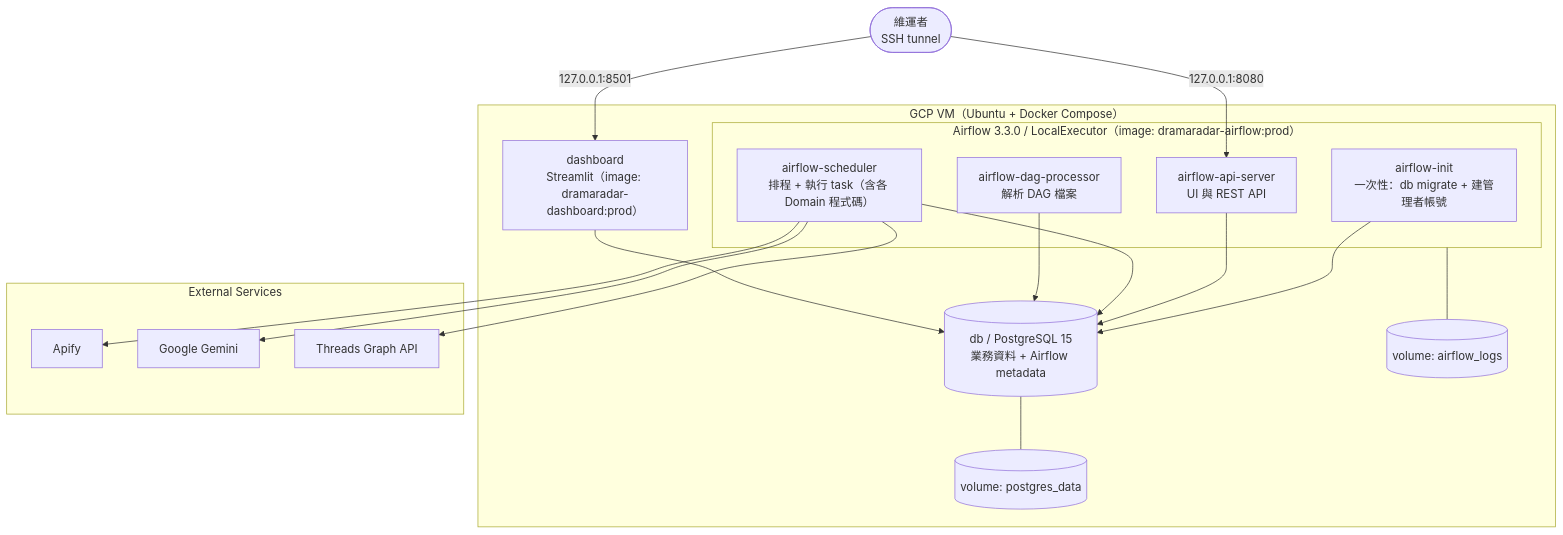
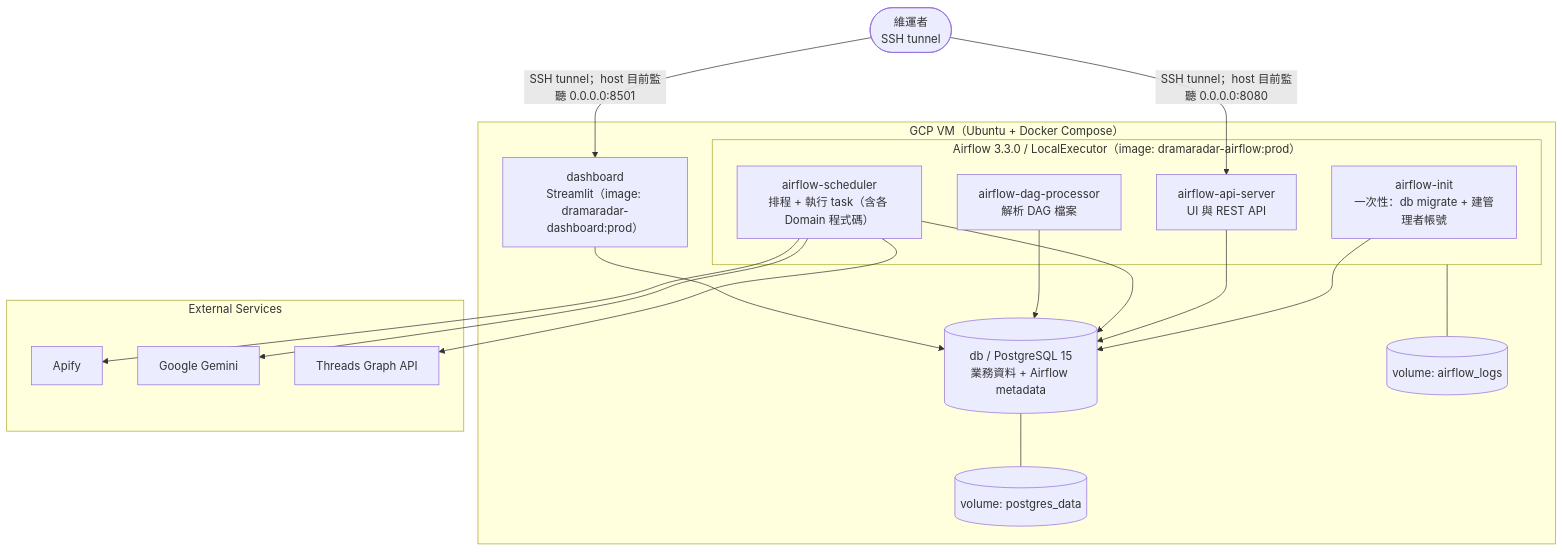
One commit to Allison94/NKR202_DramaRadar changed the fourth of 4 diagrams in docs/02_Architecture/002-Product Architecture.md. Above: the diagram before and after it, drawn with Mermaid. The commit also changed other lines of this file and 7 other files, not shown here.

````diff
--- a/docs/02_Architecture/002-Product Architecture.md
+++ b/docs/02_Architecture/002-Product Architecture.md
@@ -159,41 +159,41 @@
 ```mermaid
 flowchart TB
     subgraph VM["GCP VM（Ubuntu + Docker Compose）"]
         subgraph AF["Airflow 3.3.0 / LocalExecutor（image: dramaradar-airflow:prod）"]
             INIT["airflow-init<br/>一次性：db migrate + 建管理者帳號"]
             APISRV["airflow-api-server<br/>UI 與 REST API"]
             SCHED["airflow-scheduler<br/>排程 + 執行 task（含各 Domain 程式碼）"]
             DAGP["airflow-dag-processor<br/>解析 DAG 檔案"]
         end
 
         DASH["dashboard<br/>Streamlit（image: dramaradar-dashboard:prod）"]
         DB[("db / PostgreSQL 15<br/>業務資料 + Airflow metadata")]
 
         VOL1[("volume: postgres_data")]
         VOL2[("volume: airflow_logs")]
     end
 
     subgraph EXT["External Services"]
         APIFY["Apify"]
         GEM["Google Gemini"]
         THA["Threads Graph API"]
     end
 
     OP(["維運者<br/>SSH tunnel"])
 
     INIT --> DB
     APISRV --> DB
     SCHED --> DB
     DAGP --> DB
     DASH --> DB
 
     DB --- VOL1
     AF --- VOL2
 
     SCHED --> APIFY
     SCHED --> GEM
     SCHED --> THA
 
-    OP -->|"127.0.0.1:8080"| APISRV
-    OP -->|"127.0.0.1:8501"| DASH
+    OP -->|"SSH tunnel；host 目前監聽 0.0.0.0:8080"| APISRV
+    OP -->|"SSH tunnel；host 目前監聽 0.0.0.0:8501"| DASH
 ```
````
